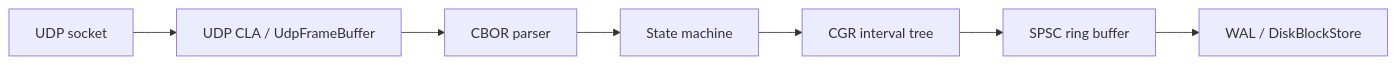
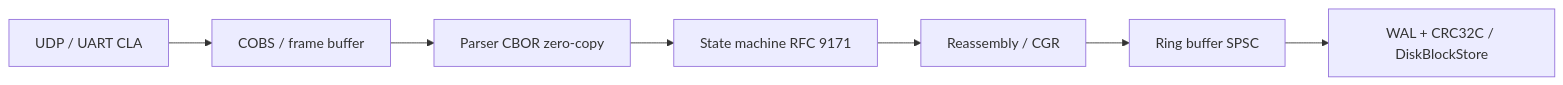
One commit to srwangcr/dtn-core changed the first of 2 diagrams in README.md. Above: the diagram before and after it, drawn with Mermaid. The commit also changed other lines of this file and 24 other files, not shown here.

First line of the commit message:
feat(bpv7): harden RFC 9171 core, add canonical extension blocks, CRC32C WAL recovery and COBS serial CLA

````diff
--- a/README.md
+++ b/README.md
@@ -90,9 +60,9 @@
 ```mermaid
 flowchart LR
-    UDP[UDP socket] --> CLA[UDP CLA / UdpFrameBuffer]
-    CLA --> CBOR[CBOR parser]
-    CBOR --> SM[State machine]
-    SM --> CGR[CGR interval tree]
-    CGR --> SPSC[SPSC ring buffer]
-    SPSC --> WAL[WAL / DiskBlockStore]
+    UDP[UDP / UART CLA] --> F[COBS / frame buffer]
+    F --> CBOR[Parser CBOR zero-copy]
+    CBOR --> SM[State machine RFC 9171]
+    SM --> R[Reassembly / CGR]
+    R --> Q[Ring buffer SPSC]
+    Q --> WAL[WAL + CRC32C / DiskBlockStore]
 ```
````
